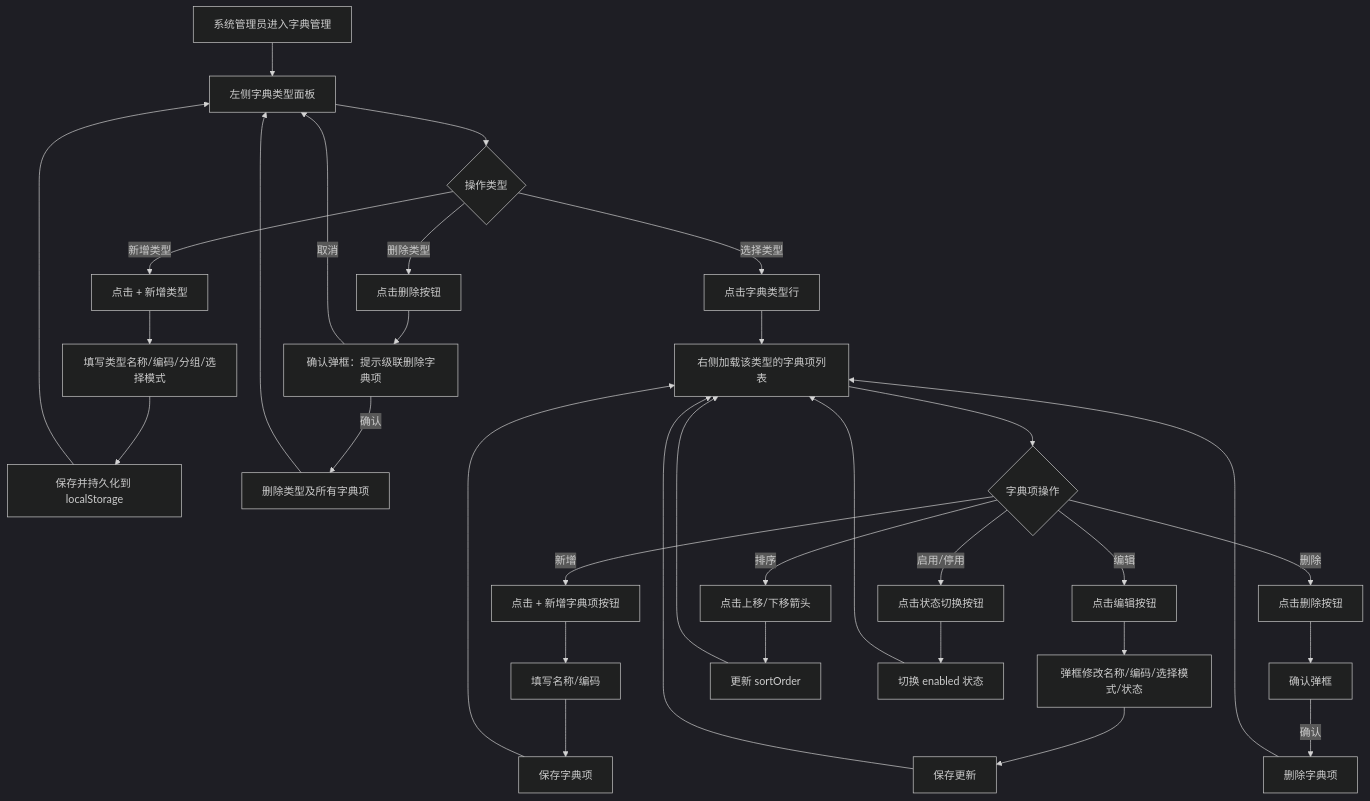
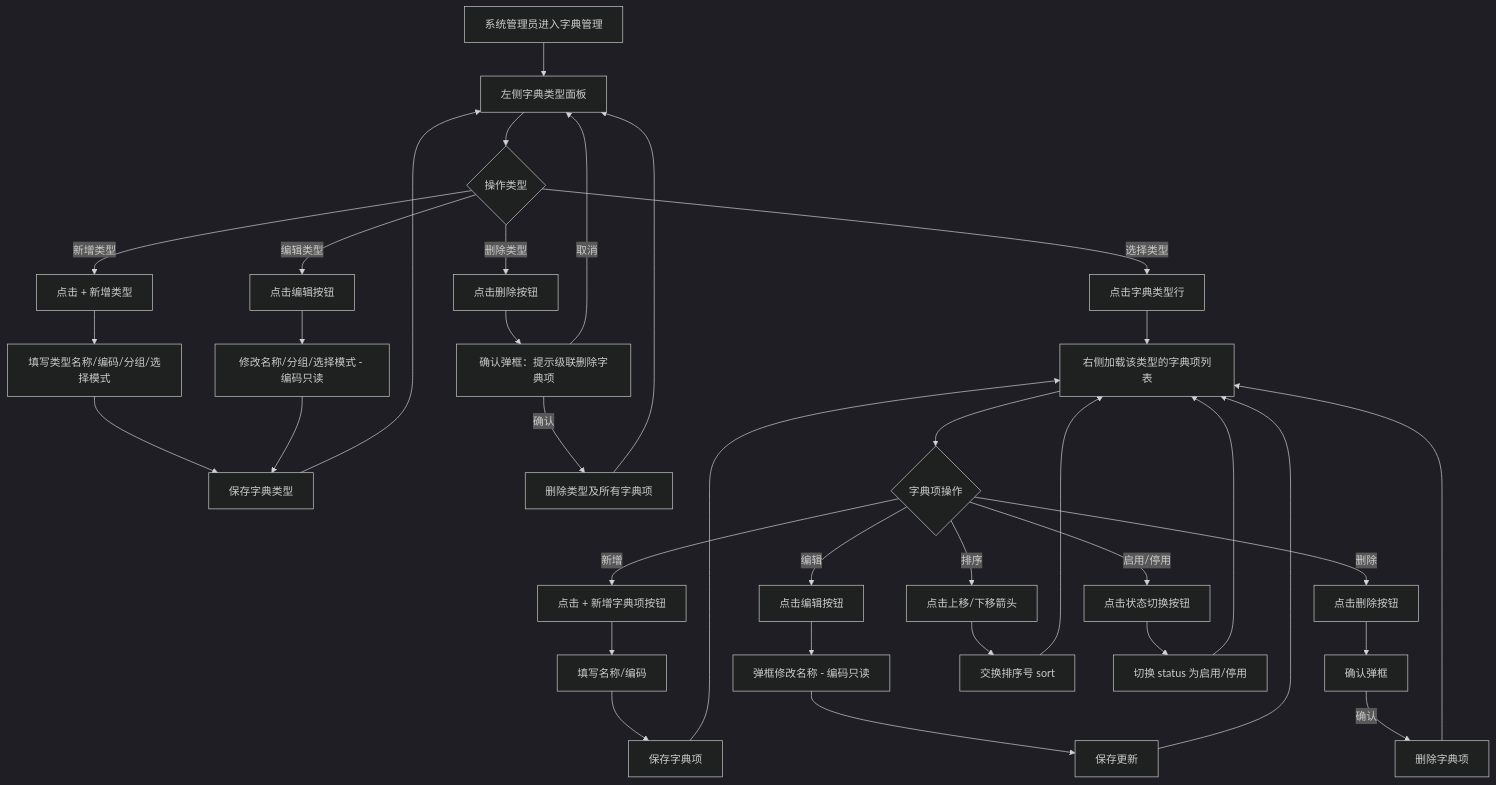
Before and after one commit to qiaodmpm/liuzhou-edu-hr: the sixth of 6 diagrams in docs/PRD_系统管理模块.md, drawn with Mermaid (dark theme). The commit also changed other lines of this file and 3 other files, not shown here.

````diff
--- a/docs/PRD_系统管理模块.md
+++ b/docs/PRD_系统管理模块.md
@@ -296,42 +296,46 @@
 ```mermaid
 flowchart TD
     A[系统管理员进入字典管理] --> B[左侧字典类型面板]
     B --> B1{操作类型}
     B1 -->|新增类型| C[点击 + 新增类型]
     C --> C1[填写类型名称/编码/分组/选择模式]
-    C1 --> C2[保存并持久化到 localStorage]
+    C1 --> C2[保存字典类型]
     C2 --> B
+    
+    B1 -->|编辑类型| C3[点击编辑按钮]
+    C3 --> C4[修改名称/分组/选择模式 - 编码只读]
+    C4 --> C2
     
     B1 -->|删除类型| D[点击删除按钮]
     D --> D1[确认弹框：提示级联删除字典项]
     D1 -->|确认| D2[删除类型及所有字典项]
     D2 --> B
     D1 -->|取消| B
     
     B1 -->|选择类型| E[点击字典类型行]
     E --> F[右侧加载该类型的字典项列表]
     
     F --> F1{字典项操作}
     F1 -->|新增| G[点击 + 新增字典项按钮]
     G --> G1[填写名称/编码]
     G1 --> G2[保存字典项]
     G2 --> F
     
     F1 -->|编辑| H[点击编辑按钮]
-    H --> H1[弹框修改名称/编码/选择模式/状态]
+    H --> H1[弹框修改名称 - 编码只读]
     H1 --> H2[保存更新]
     H2 --> F
     
     F1 -->|删除| I[点击删除按钮]
     I --> I1[确认弹框]
     I1 -->|确认| I2[删除字典项]
     I2 --> F
     
     F1 -->|排序| J[点击上移/下移箭头]
-    J --> J1[更新 sortOrder]
+    J --> J1[交换排序号 sort]
     J1 --> F
     
     F1 -->|启用/停用| K[点击状态切换按钮]
-    K --> K1[切换 enabled 状态]
+    K --> K1[切换 status 为启用/停用]
     K1 --> F
 ```
````
